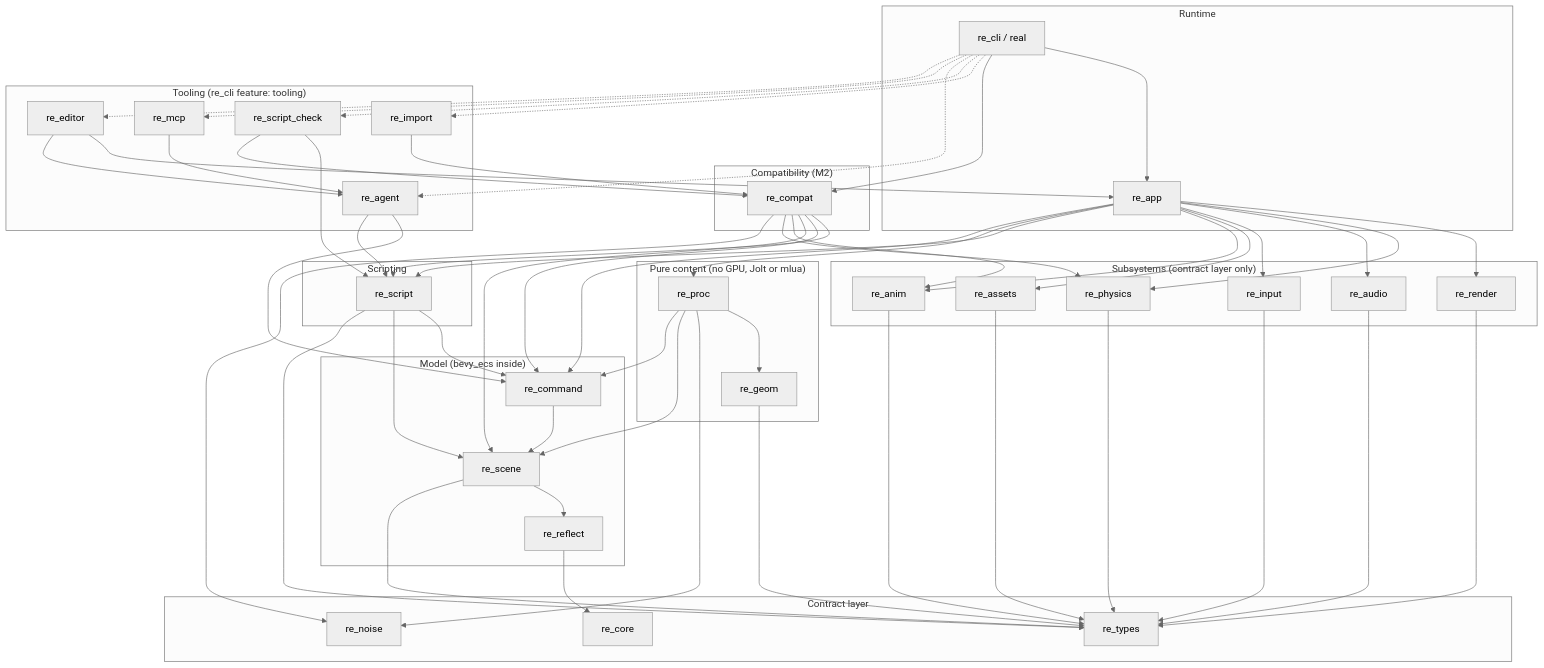
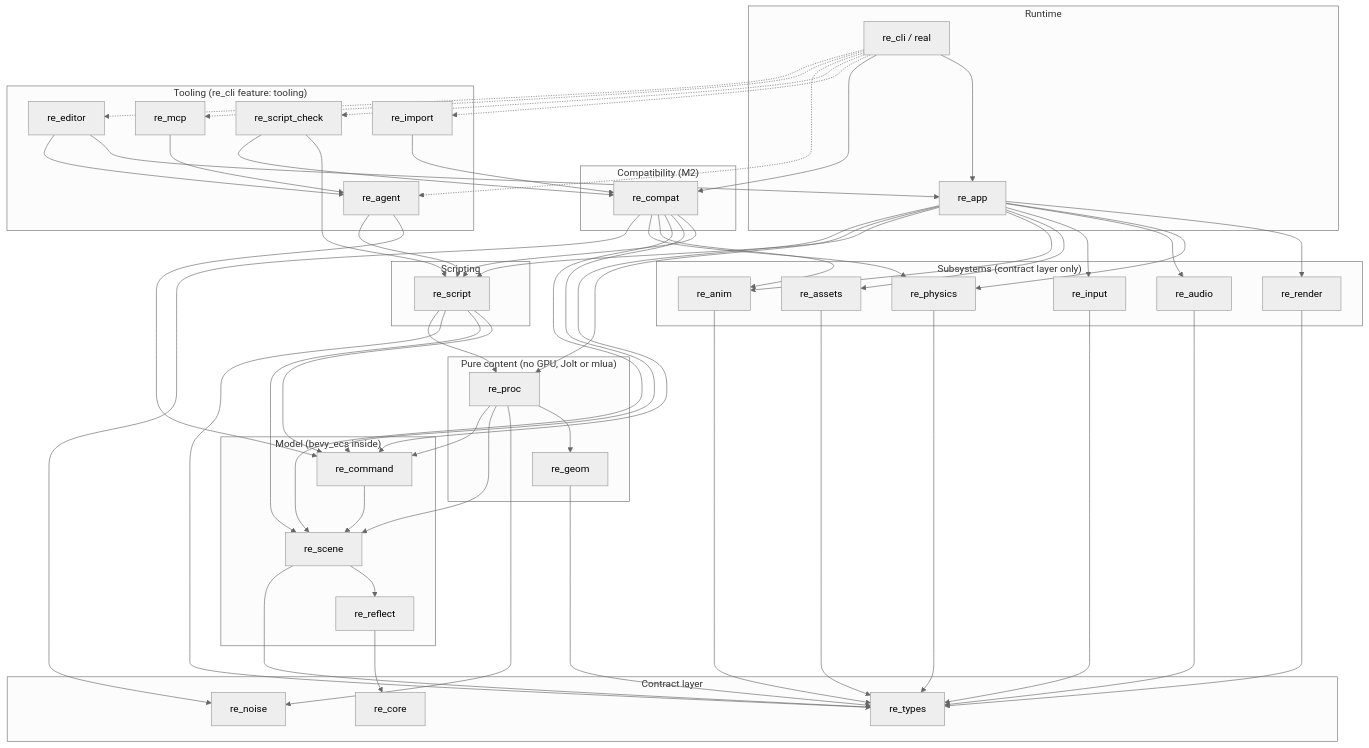
The diagram in docs/ARCHITECTURE.md (dullyontop/real-engine), drawn with Mermaid (neutral theme) before and after one commit. The commit also changed other lines of this file and 30 other files, not shown here.

````diff
--- a/docs/ARCHITECTURE.md
+++ b/docs/ARCHITECTURE.md
@@ -31,77 +31,78 @@
 ```mermaid
 graph TD
   subgraph "Contract layer"
     core[re_core]
     types[re_types]
     noise[re_noise]
   end
 
   subgraph "Model (bevy_ecs inside)"
     reflect[re_reflect] --> core
     scene[re_scene] --> reflect
     scene --> types
     command[re_command] --> scene
   end
 
   subgraph "Pure content (no GPU, Jolt or mlua)"
     geom[re_geom] --> types
     proc[re_proc] --> geom
     proc --> noise
     proc --> scene
     proc --> command
   end
 
   subgraph "Subsystems (contract layer only)"
     render[re_render] --> types
     physics[re_physics] --> types
     audio[re_audio] --> types
     input[re_input] --> types
     assets[re_assets] --> types
     anim[re_anim] --> types
   end
 
   subgraph Scripting
     script[re_script] --> command
     script --> scene
     script --> types
+    script --> proc
   end
 
   subgraph Runtime
     app[re_app] --> render
     app --> physics
     app --> audio
     app --> input
     app --> assets
     app --> anim
     app --> script
     app --> proc
     app --> command
     cli[re_cli / real] --> app
   end
 
   subgraph "Compatibility (M2)"
     compat[re_compat] --> script
     compat --> command
     compat --> scene
     compat --> anim
     compat --> physics
     compat --> noise
     cli --> compat
   end
 
   subgraph "Tooling (re_cli feature: tooling)"
     check[re_script_check] --> script
     check --> compat
     import[re_import] --> compat
     cli -.-> import
     agent[re_agent] --> command
     agent --> script
     mcp[re_mcp] --> agent
     editor[re_editor] --> app
     editor --> agent
     cli -.-> check
     cli -.-> agent
     cli -.-> mcp
     cli -.-> editor
   end
 ```
````
